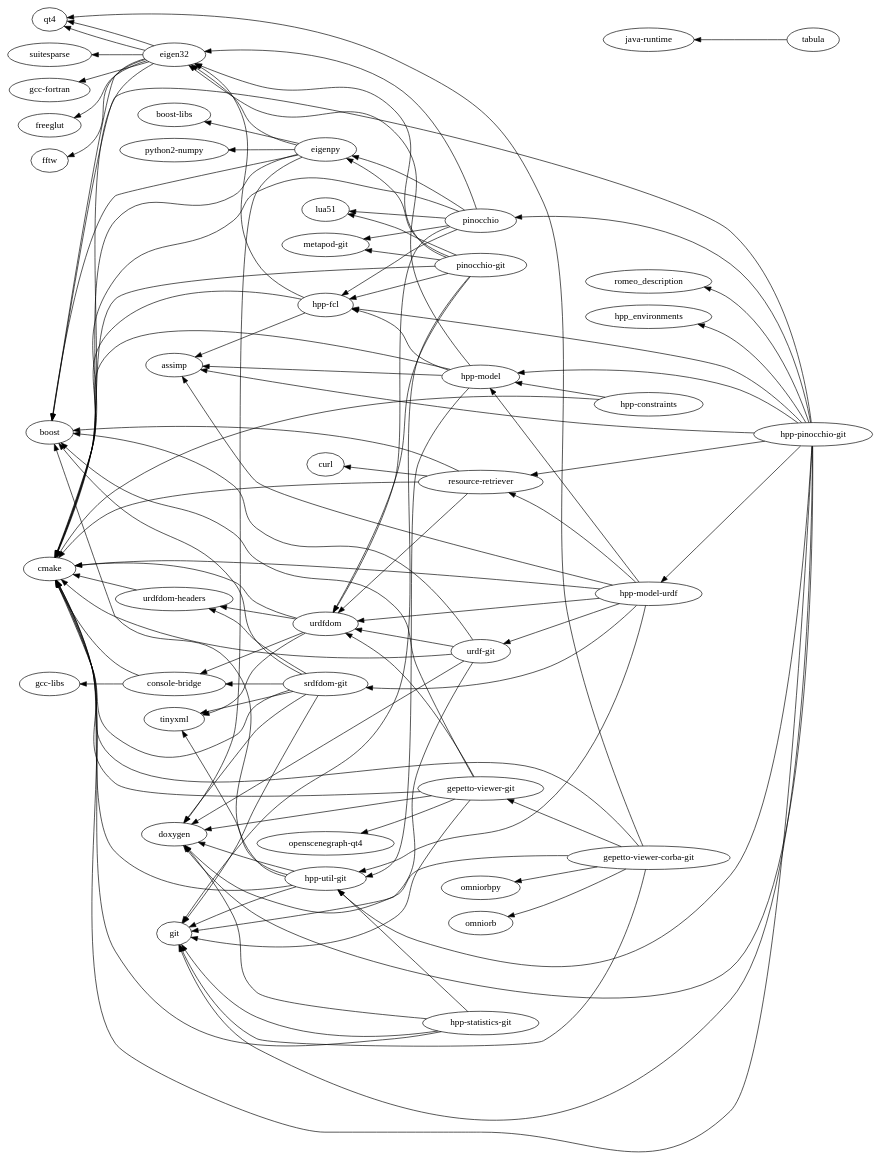
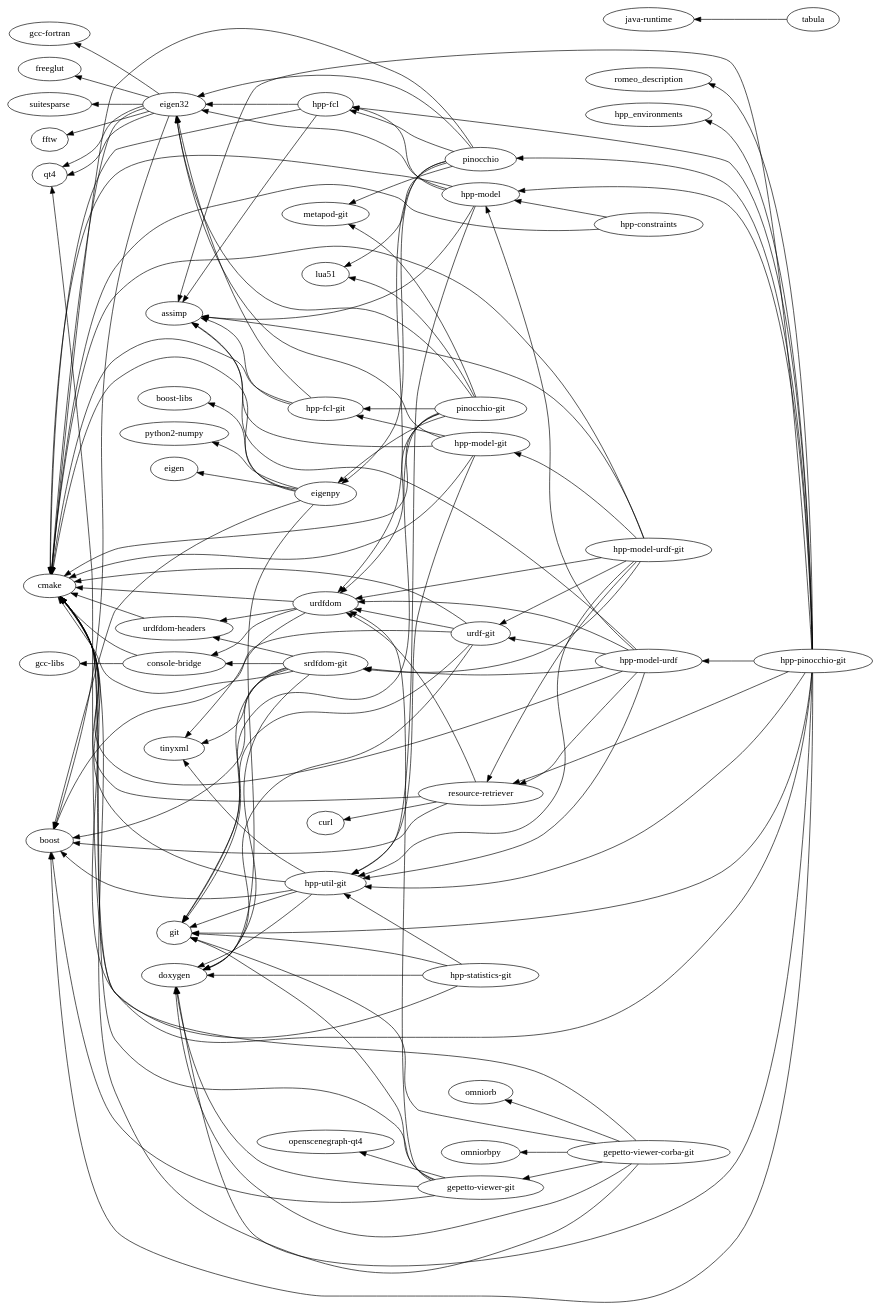
The diagram in dependencies.gv (nim65s/aur), drawn with Graphviz before and after one commit. The commit also changed 1 other file, not shown here.

```diff
--- a/dependencies.gv
+++ b/dependencies.gv
@@ -1,152 +1,172 @@
 digraph dependencies {
 	graph [rankdir=RL]
-	"console-bridge"
-	"urdfdom-headers"
-	assimp
-	git
-	omniorb
-	"hpp-pinocchio-git"
 	pinocchio
 	boost
 	"openscenegraph-qt4"
-	lua51
-	suitesparse
-	"gcc-libs"
-	tabula
+	"hpp-fcl"
+	"urdfdom-headers"
+	"hpp-model-urdf"
 	"python2-numpy"
-	"gcc-fortran"
-	freeglut
-	urdfdom
-	eigenpy
-	"hpp-fcl"
 	romeo_description
-	"srdfdom-git"
-	"urdf-git"
-	"hpp-model"
-	"java-runtime"
-	"gepetto-viewer-git"
-	fftw
-	tinyxml
+	curl
+	assimp
+	cmake
+	"hpp-util-git"
+	eigen
 	"metapod-git"
 	qt4
+	"gcc-libs"
+	"java-runtime"
 	"hpp-constraints"
+	"gcc-fortran"
+	"console-bridge"
+	"pinocchio-git"
+	freeglut
+	eigenpy
+	suitesparse
+	fftw
+	"srdfdom-git"
+	"boost-libs"
+	"hpp-statistics-git"
+	"resource-retriever"
+	urdfdom
+	lua51
+	tabula
+	tinyxml
+	git
+	hpp_environments
+	"gepetto-viewer-corba-git"
+	"hpp-fcl-git"
+	"hpp-model-urdf-git"
+	omniorbpy
+	"urdf-git"
+	"gepetto-viewer-git"
+	"hpp-model"
+	omniorb
+	"hpp-pinocchio-git"
+	doxygen
 	eigen32
-	"hpp-statistics-git"
-	"pinocchio-git"
-	"boost-libs"
-	hpp_environments
-	omniorbpy
-	doxygen
-	"gepetto-viewer-corba-git"
-	curl
-	cmake
-	"hpp-model-urdf"
-	"resource-retriever"
-	"hpp-util-git"
+	"hpp-model-git"
 	urdfdom -> cmake
 	urdfdom -> tinyxml
 	urdfdom -> "console-bridge"
 	urdfdom -> "urdfdom-headers"
 	pinocchio -> "metapod-git"
 	pinocchio -> lua51
 	pinocchio -> cmake
 	pinocchio -> eigen32
 	pinocchio -> "hpp-fcl"
 	pinocchio -> eigenpy
 	pinocchio -> urdfdom
 	"hpp-fcl" -> cmake
 	"hpp-fcl" -> eigen32
 	"hpp-fcl" -> assimp
 	"hpp-model-urdf" -> cmake
 	"hpp-model-urdf" -> assimp
 	"hpp-model-urdf" -> "hpp-util-git"
 	"hpp-model-urdf" -> "hpp-model"
 	"hpp-model-urdf" -> "urdf-git"
 	"hpp-model-urdf" -> "resource-retriever"
 	"hpp-model-urdf" -> urdfdom
 	"hpp-model-urdf" -> "srdfdom-git"
 	"hpp-pinocchio-git" -> "hpp-model"
 	"hpp-pinocchio-git" -> "hpp-model-urdf"
 	"hpp-pinocchio-git" -> romeo_description
 	"hpp-pinocchio-git" -> hpp_environments
 	"hpp-pinocchio-git" -> doxygen
 	"hpp-pinocchio-git" -> cmake
 	"hpp-pinocchio-git" -> git
 	"hpp-pinocchio-git" -> boost
 	"hpp-pinocchio-git" -> pinocchio
 	"hpp-pinocchio-git" -> assimp
 	"hpp-pinocchio-git" -> "hpp-util-git"
 	"hpp-pinocchio-git" -> "hpp-fcl"
 	"hpp-pinocchio-git" -> "resource-retriever"
 	"gepetto-viewer-git" -> doxygen
 	"gepetto-viewer-git" -> cmake
 	"gepetto-viewer-git" -> git
 	"gepetto-viewer-git" -> boost
 	"gepetto-viewer-git" -> urdfdom
 	"gepetto-viewer-git" -> "openscenegraph-qt4"
 	"urdfdom-headers" -> cmake
 	"hpp-util-git" -> doxygen
 	"hpp-util-git" -> cmake
 	"hpp-util-git" -> git
 	"hpp-util-git" -> boost
 	"hpp-util-git" -> tinyxml
 	"srdfdom-git" -> doxygen
 	"srdfdom-git" -> cmake
 	"srdfdom-git" -> git
 	"srdfdom-git" -> boost
 	"srdfdom-git" -> tinyxml
 	"srdfdom-git" -> "urdfdom-headers"
 	"srdfdom-git" -> "console-bridge"
 	"hpp-constraints" -> cmake
 	"hpp-constraints" -> "hpp-model"
+	"hpp-fcl-git" -> cmake
+	"hpp-fcl-git" -> eigen32
+	"hpp-fcl-git" -> assimp
 	eigenpy -> doxygen
 	eigenpy -> cmake
-	eigenpy -> eigen32
+	eigenpy -> eigen
 	eigenpy -> boost
 	eigenpy -> "python2-numpy"
 	eigenpy -> "boost-libs"
 	eigen32 -> qt4
 	eigen32 -> cmake
 	eigen32 -> freeglut
 	eigen32 -> "gcc-fortran"
 	eigen32 -> fftw
 	eigen32 -> qt4
 	eigen32 -> suitesparse
 	eigen32 -> boost
 	"hpp-statistics-git" -> doxygen
 	"hpp-statistics-git" -> cmake
 	"hpp-statistics-git" -> git
 	"hpp-statistics-git" -> "hpp-util-git"
 	"urdf-git" -> doxygen
 	"urdf-git" -> cmake
 	"urdf-git" -> git
 	"urdf-git" -> boost
 	"urdf-git" -> urdfdom
+	"hpp-model-urdf-git" -> cmake
+	"hpp-model-urdf-git" -> assimp
+	"hpp-model-urdf-git" -> "hpp-util-git"
+	"hpp-model-urdf-git" -> "hpp-model-git"
+	"hpp-model-urdf-git" -> "urdf-git"
+	"hpp-model-urdf-git" -> "resource-retriever"
+	"hpp-model-urdf-git" -> urdfdom
+	"hpp-model-urdf-git" -> "srdfdom-git"
+	"hpp-model-git" -> assimp
+	"hpp-model-git" -> cmake
+	"hpp-model-git" -> eigen32
+	"hpp-model-git" -> "hpp-util-git"
+	"hpp-model-git" -> "hpp-fcl-git"
 	"pinocchio-git" -> "metapod-git"
 	"pinocchio-git" -> lua51
+	"pinocchio-git" -> "hpp-fcl-git"
 	"pinocchio-git" -> cmake
 	"pinocchio-git" -> git
 	"pinocchio-git" -> eigen32
 	"pinocchio-git" -> eigenpy
-	"pinocchio-git" -> "hpp-fcl"
 	"pinocchio-git" -> urdfdom
 	tabula -> "java-runtime"
 	"resource-retriever" -> cmake
 	"resource-retriever" -> urdfdom
 	"resource-retriever" -> curl
 	"resource-retriever" -> boost
 	"gepetto-viewer-corba-git" -> doxygen
 	"gepetto-viewer-corba-git" -> cmake
 	"gepetto-viewer-corba-git" -> git
 	"gepetto-viewer-corba-git" -> "gepetto-viewer-git"
 	"gepetto-viewer-corba-git" -> omniorb
 	"gepetto-viewer-corba-git" -> qt4
 	"gepetto-viewer-corba-git" -> omniorbpy
 	"hpp-model" -> assimp
 	"hpp-model" -> cmake
 	"hpp-model" -> eigen32
 	"hpp-model" -> "hpp-util-git"
 	"hpp-model" -> "hpp-fcl"
 	"console-bridge" -> cmake
 	"console-bridge" -> "gcc-libs"
 }
```
